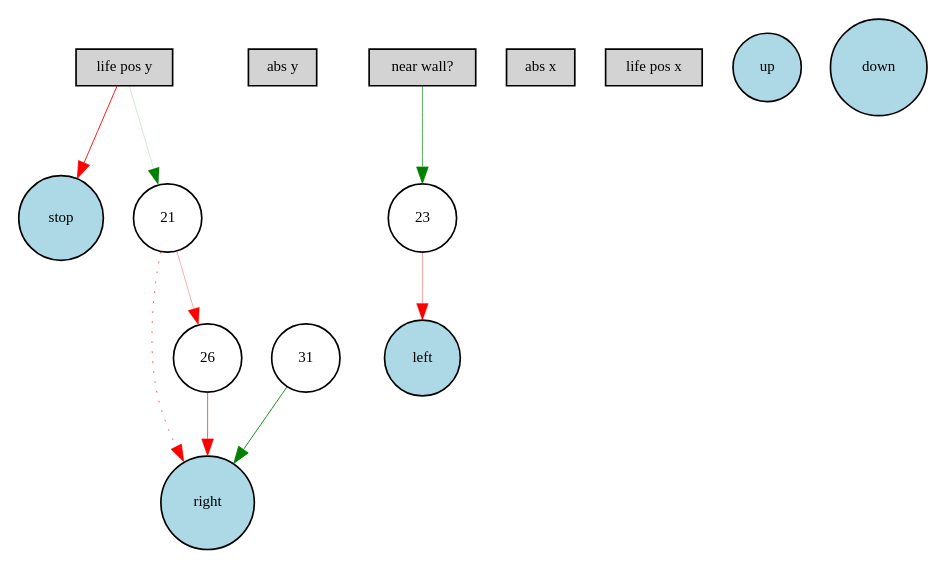
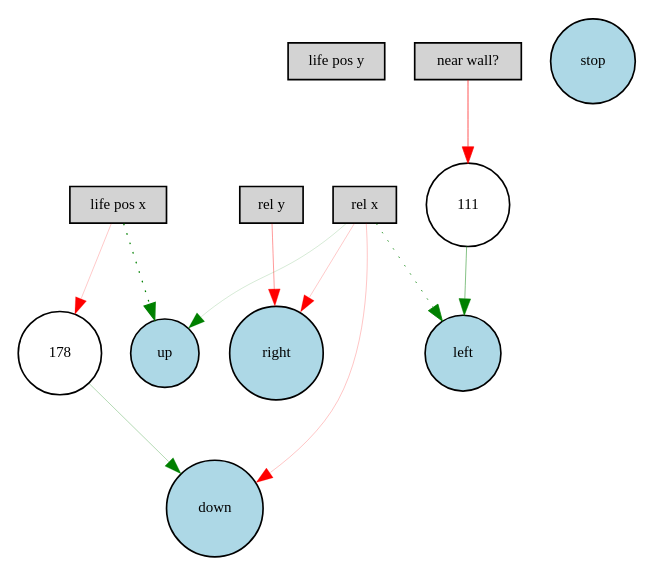
One commit to Elphiie/NEAT-practice changed the diagram in Digraph.gv. Above: the diagram before and after it, drawn with Graphviz. The commit also changed 80 other files, not shown here.

```diff
--- a/Digraph.gv
+++ b/Digraph.gv
@@ -1,25 +1,25 @@
 digraph {
 	node [fontsize=9 height=0.3 shape=circle width=0.3]
 	"life pos y" [fillcolor=lightgray shape=box style=filled]
-	"abs y" [fillcolor=lightgray shape=box style=filled]
+	"rel y" [fillcolor=lightgray shape=box style=filled]
 	"near wall?" [fillcolor=lightgray shape=box style=filled]
-	"abs x" [fillcolor=lightgray shape=box style=filled]
+	"rel x" [fillcolor=lightgray shape=box style=filled]
 	"life pos x" [fillcolor=lightgray shape=box style=filled]
 	stop [fillcolor=lightblue style=filled]
 	up [fillcolor=lightblue style=filled]
 	down [fillcolor=lightblue style=filled]
 	left [fillcolor=lightblue style=filled]
 	right [fillcolor=lightblue style=filled]
-	21 [fillcolor=white style=filled]
-	23 [fillcolor=white style=filled]
-	26 [fillcolor=white style=filled]
-	31 [fillcolor=white style=filled]
-	"life pos y" -> 21 [color=green penwidth=0.11016333789430441 style=solid]
-	21 -> right [color=red penwidth=0.4010870250918658 style=dotted]
-	"near wall?" -> 23 [color=green penwidth=0.39715014060559506 style=solid]
-	"life pos y" -> stop [color=red penwidth=0.5443104404221801 style=solid]
-	21 -> 26 [color=red penwidth=0.20280463148155292 style=solid]
-	26 -> right [color=red penwidth=0.37582286989869074 style=solid]
-	31 -> right [color=green penwidth=0.5262020687536084 style=solid]
-	23 -> left [color=red penwidth=0.23105775176979712 style=solid]
+	111 [fillcolor=white style=filled]
+	178 [fillcolor=white style=filled]
+	"rel x" -> left [color=green penwidth=0.45768406803876527 style=dotted]
+	"rel y" -> right [color=red penwidth=0.2364827263660587 style=solid]
+	"life pos x" -> up [color=green penwidth=0.7402935959862065 style=dotted]
+	"rel x" -> down [color=red penwidth=0.13647694623986995 style=solid]
+	"rel x" -> up [color=green penwidth=0.1047713269660987 style=solid]
+	"near wall?" -> 111 [color=red penwidth=0.396003371860022 style=solid]
+	111 -> left [color=green penwidth=0.29154801879411363 style=solid]
+	"life pos x" -> 178 [color=red penwidth=0.13139429778133108 style=solid]
+	178 -> down [color=green penwidth=0.17527713883876667 style=solid]
+	"rel x" -> right [color=red penwidth=0.1286457186983166 style=solid]
 }
```
